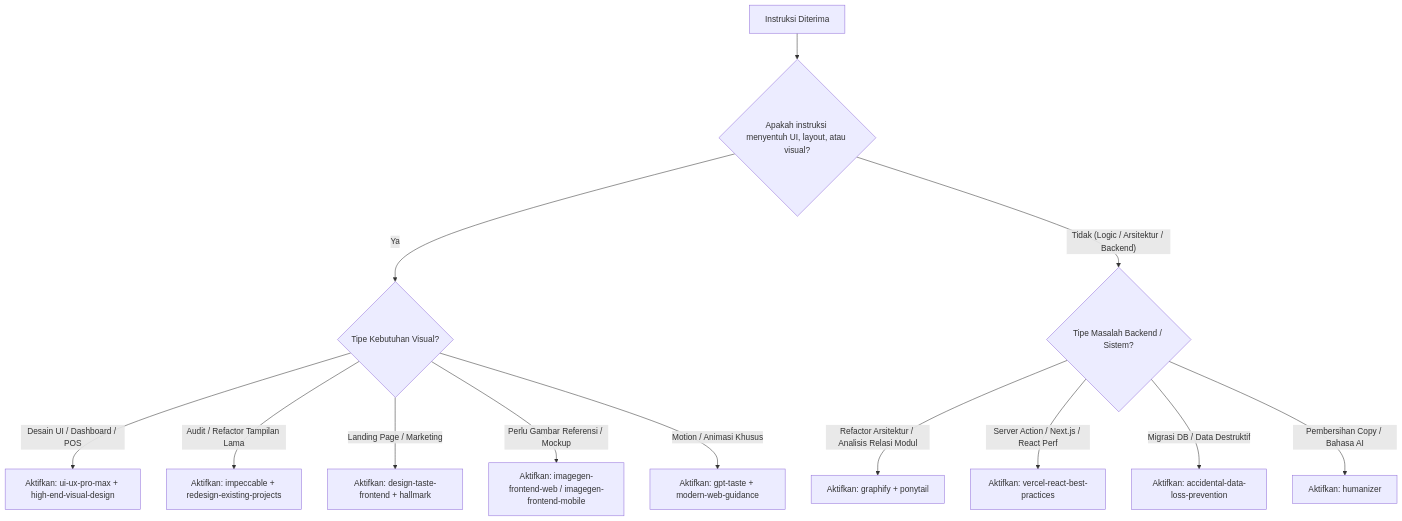
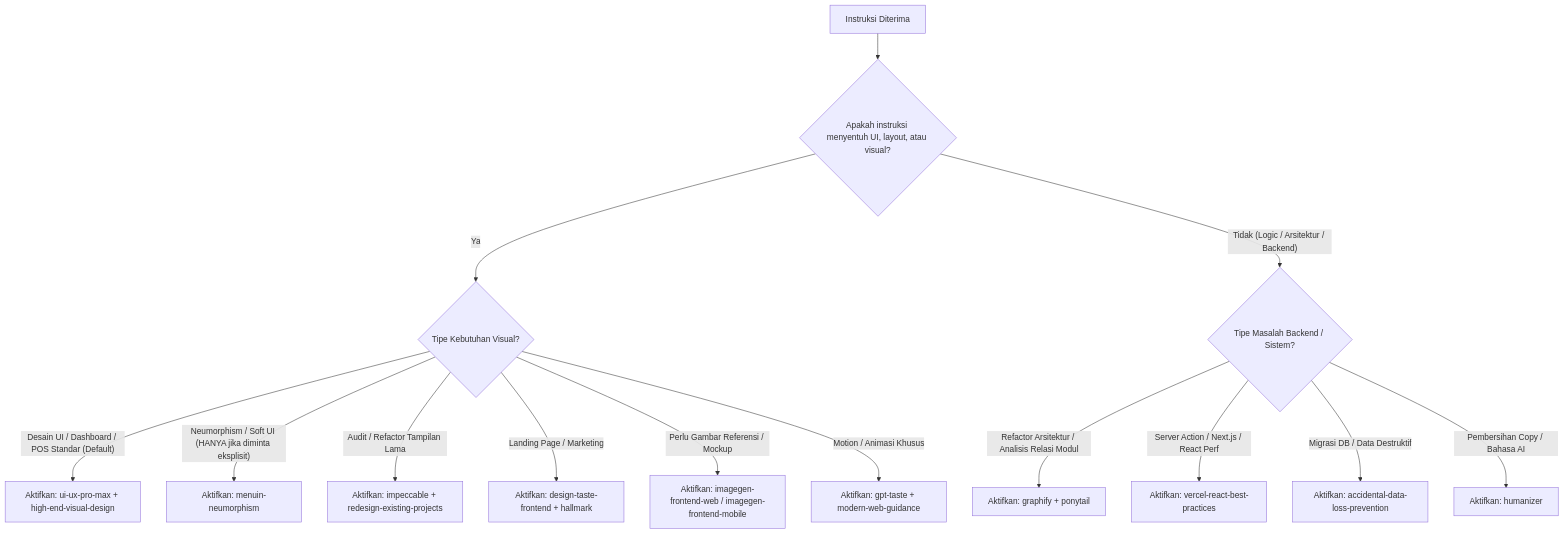
Before and after one commit to zidaneelfasya/menuin: the diagram in docs/SKILLS_SOURCE_OF_TRUTH.md, drawn with Mermaid. The commit also changed other lines of this file and 7 other files, not shown here.

````diff
--- a/docs/SKILLS_SOURCE_OF_TRUTH.md
+++ b/docs/SKILLS_SOURCE_OF_TRUTH.md
@@ -51,17 +52,18 @@
 ```mermaid
 flowchart TD
     Start["Instruksi Diterima"] --> Q1{"Apakah instruksi menyentuh UI, layout, atau visual?"}
     
     Q1 -- "Ya" --> Q1_Type{"Tipe Kebutuhan Visual?"}
-    Q1_Type -- "Desain UI / Dashboard / POS" --> S_UI["Aktifkan: ui-ux-pro-max + high-end-visual-design"]
+    Q1_Type -- "Desain UI / Dashboard / POS Standar (Default)" --> S_UI["Aktifkan: ui-ux-pro-max + high-end-visual-design"]
+    Q1_Type -- "Neumorphism / Soft UI (HANYA jika diminta eksplisit)" --> S_Neu["Aktifkan: menuin-neumorphism"]
     Q1_Type -- "Audit / Refactor Tampilan Lama" --> S_Audit["Aktifkan: impeccable + redesign-existing-projects"]
     Q1_Type -- "Landing Page / Marketing" --> S_Landing["Aktifkan: design-taste-frontend + hallmark"]
     Q1_Type -- "Perlu Gambar Referensi / Mockup" --> S_Img["Aktifkan: imagegen-frontend-web / imagegen-frontend-mobile"]
     Q1_Type -- "Motion / Animasi Khusus" --> S_Motion["Aktifkan: gpt-taste + modern-web-guidance"]
     
     Q1 -- "Tidak (Logic / Arsitektur / Backend)" --> Q2{"Tipe Masalah Backend / Sistem?"}
     Q2 -- "Refactor Arsitektur / Analisis Relasi Modul" --> S_Arch["Aktifkan: graphify + ponytail"]
     Q2 -- "Server Action / Next.js / React Perf" --> S_Next["Aktifkan: vercel-react-best-practices"]
     Q2 -- "Migrasi DB / Data Destruktif" --> S_DB["Aktifkan: accidental-data-loss-prevention"]
     Q2 -- "Pembersihan Copy / Bahasa AI" --> S_Copy["Aktifkan: humanizer"]
 ```
````
